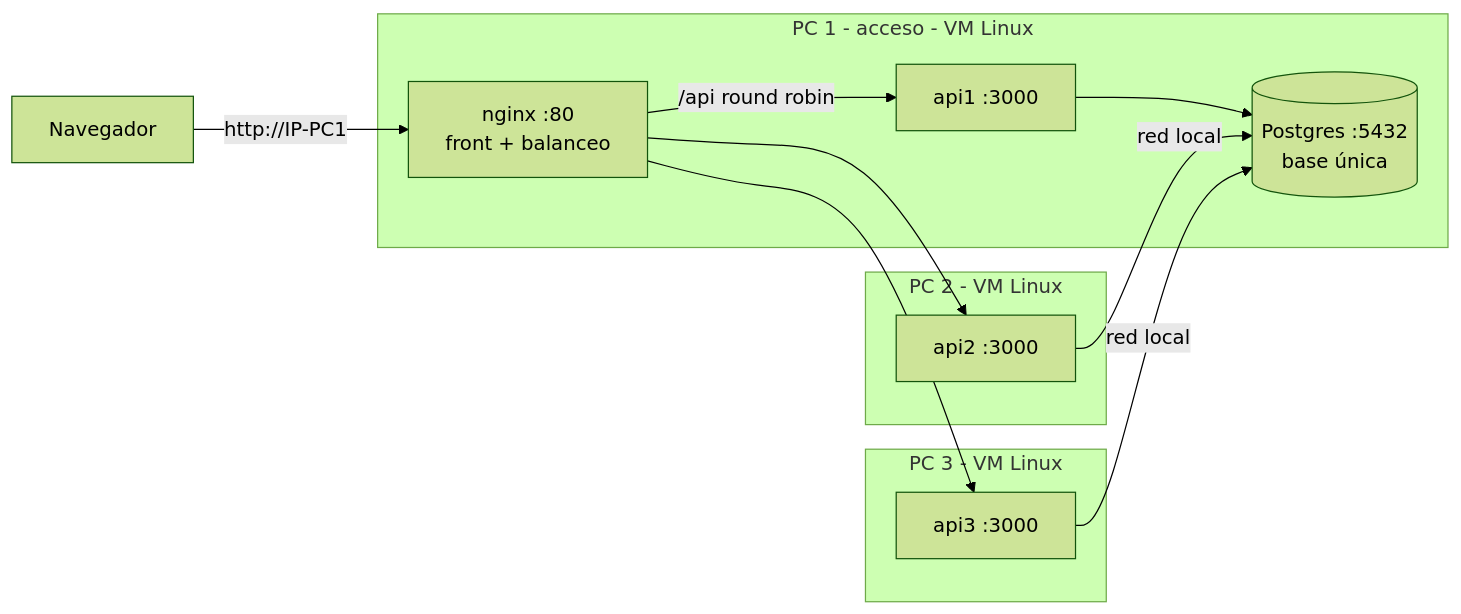
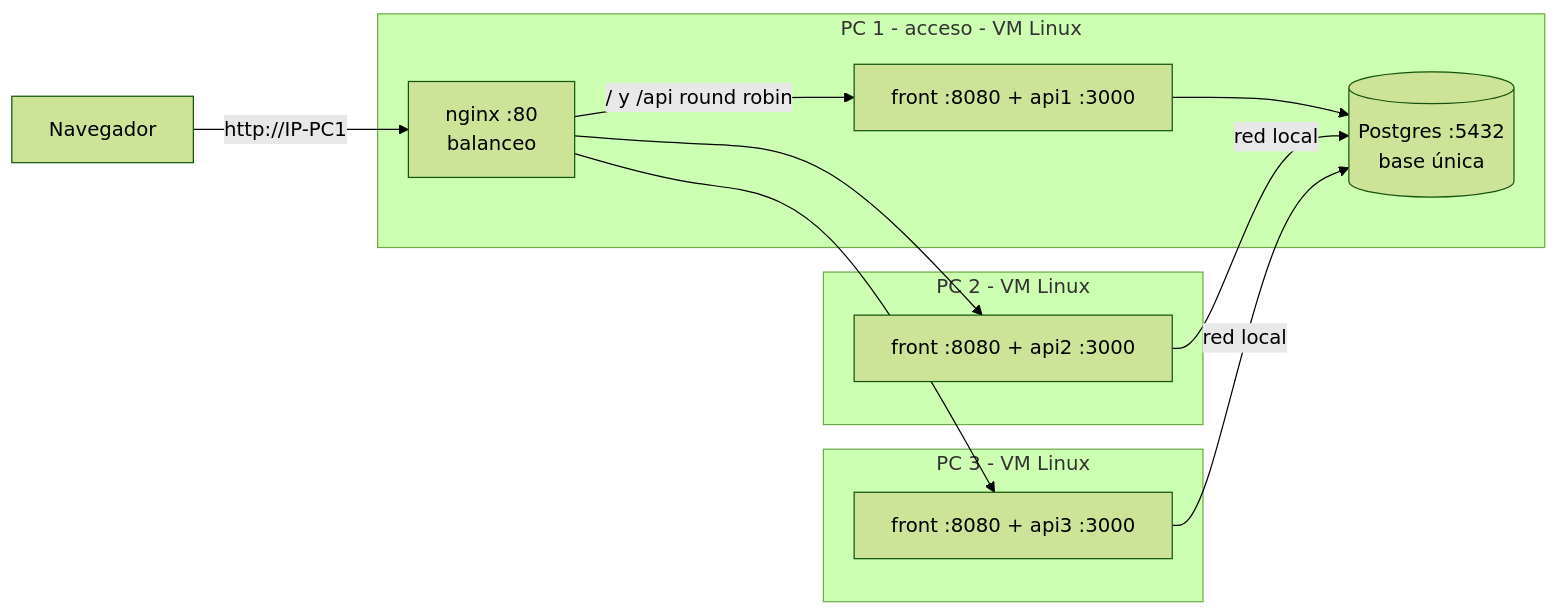
The diagram in docs/sistemas-operativos/plan.md (salmaguiarr514/Trabajo-Integrador-Intermaterias-LBZ), drawn with Mermaid (forest theme) before and after one commit. The commit also changed other lines of this file and 12 other files, not shown here.

First line of the commit message:
Demo de SO: front y back en un compose, nginx y base en otro, y guía paso a paso

````diff
--- a/docs/sistemas-operativos/plan.md
+++ b/docs/sistemas-operativos/plan.md
@@ -27,21 +27,21 @@
 ```mermaid
 flowchart LR
     N[Navegador] -->|http://IP-PC1| NG
     subgraph PC1 [PC 1 - acceso - VM Linux]
-        NG[nginx :80<br/>front + balanceo]
+        NG[nginx :80<br/>balanceo]
         DB[(Postgres :5432<br/>base única)]
-        A1[api1 :3000]
+        A1[front :8080 + api1 :3000]
     end
     subgraph PC2 [PC 2 - VM Linux]
-        A2[api2 :3000]
+        A2[front :8080 + api2 :3000]
     end
     subgraph PC3 [PC 3 - VM Linux]
-        A3[api3 :3000]
+        A3[front :8080 + api3 :3000]
     end
-    NG -->|/api round robin| A1
+    NG -->|/ y /api round robin| A1
     NG --> A2
     NG --> A3
     A1 --> DB
     A2 -->|red local| DB
     A3 -->|red local| DB
 ```
````
